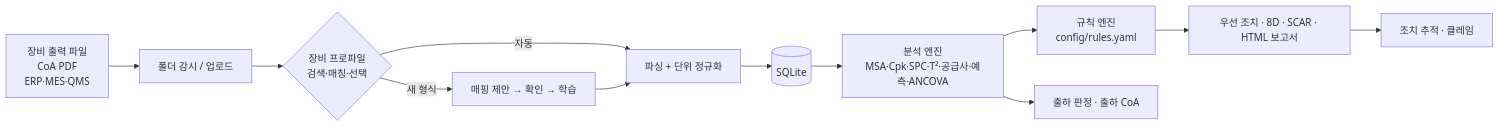
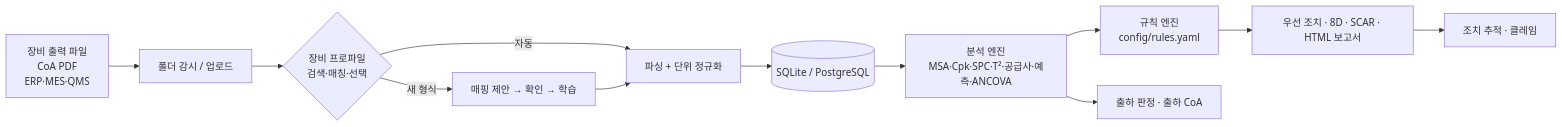
One commit to Thisissun93/Material_Quality_Intelligence changed the second of 2 diagrams in README.md. Above: the diagram before and after it, drawn with Mermaid. The commit also changed other lines of this file and 18 other files, not shown here.

First line of the commit message:
Run as a service: PostgreSQL, REST API and Docker Compose (#3)

````diff
--- a/README.md
+++ b/README.md
@@ -158,14 +219,14 @@
 ```mermaid
 flowchart LR
   A[장비 출력 파일<br/>CoA PDF<br/>ERP·MES·QMS] --> W[폴더 감시 / 업로드]
   W --> M{장비 프로파일<br/>검색·매칭·선택}
   M -- 자동 --> P[파싱 + 단위 정규화]
   M -- 새 형식 --> L[매핑 제안 → 확인 → 학습]
   L --> P
-  P --> D[(SQLite)]
+  P --> D[(SQLite / PostgreSQL)]
   D --> E[분석 엔진<br/>MSA·Cpk·SPC·T²·공급사·예측·ANCOVA]
   E --> R[규칙 엔진<br/>config/rules.yaml]
   R --> O[우선 조치 · 8D · SCAR · HTML 보고서]
   O --> T[조치 추적 · 클레임]
   E --> S[출하 판정 · 출하 CoA]
 ```
````
